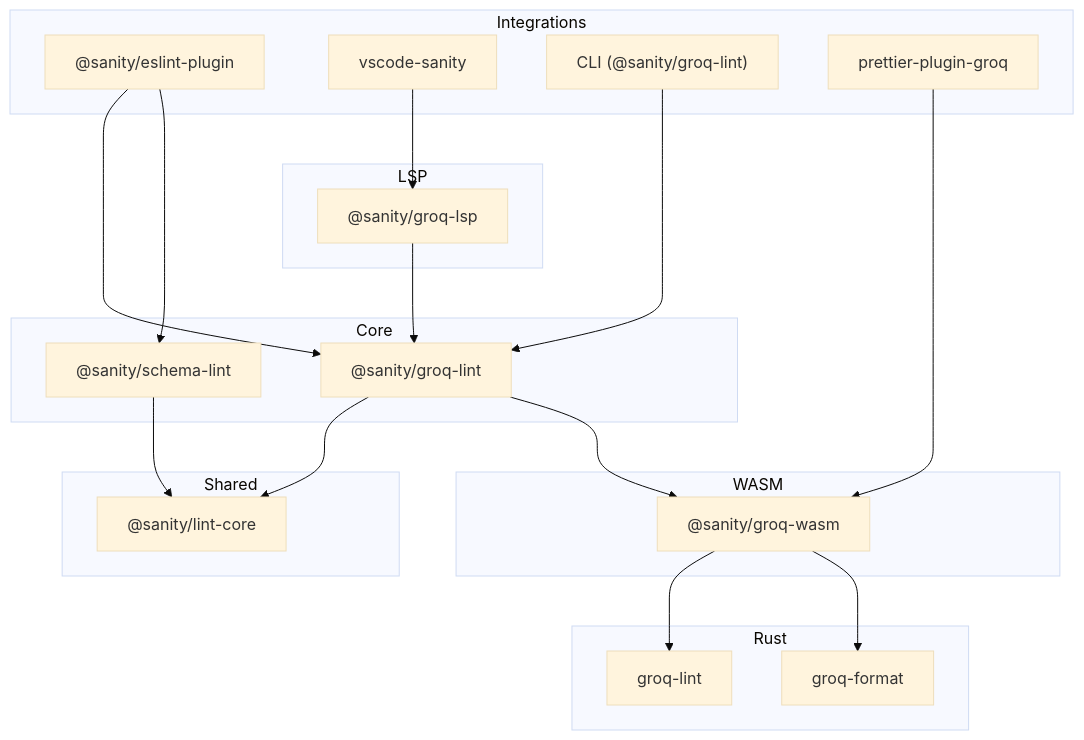
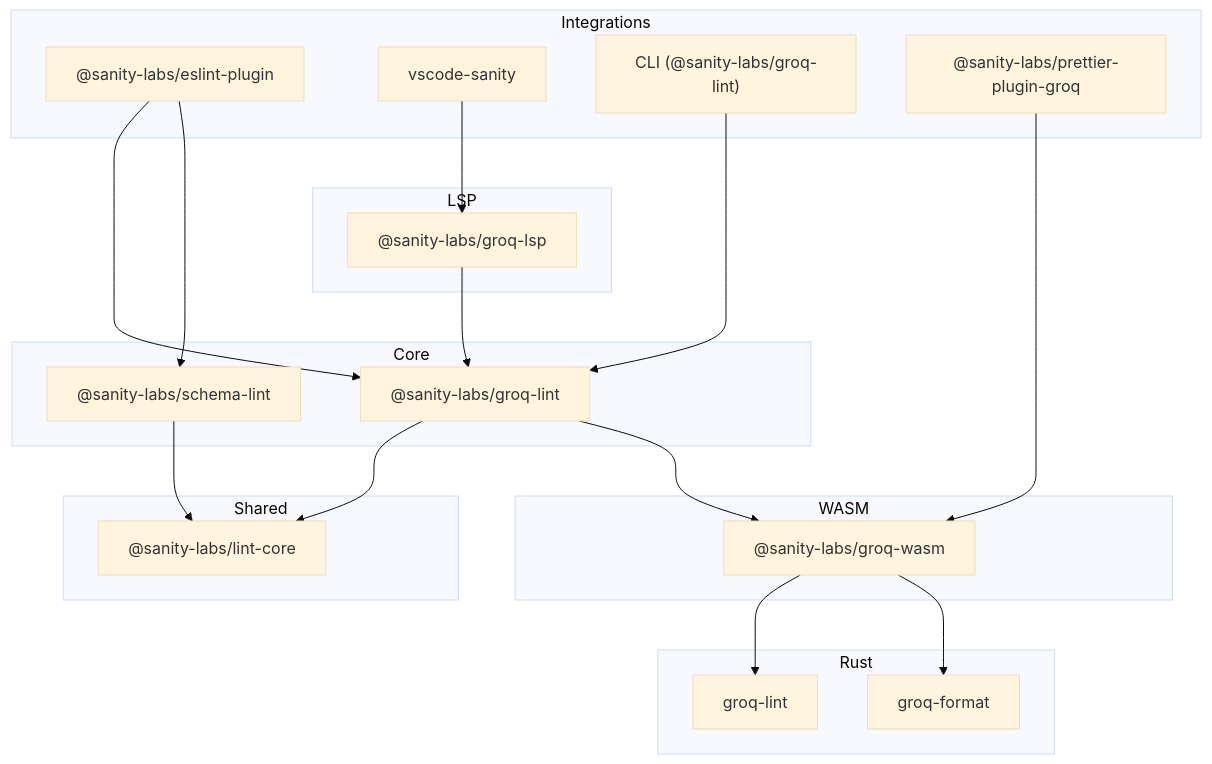
Before and after one commit to sanity-labs/sanity-lint: the diagram in README.md, drawn with Mermaid (base theme). The commit also changed other lines of this file and 82 other files, not shown here.

First line of the commit message:
refactor!: rename packages from @sanity/* to @sanity-labs/* scope

````diff
--- a/README.md
+++ b/README.md
@@ -141,46 +141,46 @@
 ```mermaid
 flowchart TB
     subgraph Integrations
-        eslint["@sanity/eslint-plugin"]
+        eslint["@sanity-labs/eslint-plugin"]
         vscode[vscode-sanity]
-        cli["CLI (@sanity/groq-lint)"]
-        prettier[prettier-plugin-groq]
+        cli["CLI (@sanity-labs/groq-lint)"]
+        prettier["@sanity-labs/prettier-plugin-groq"]
     end
 
     subgraph LSP
-        lsp["@sanity/groq-lsp"]
+        lsp["@sanity-labs/groq-lsp"]
     end
 
     subgraph Core
-        groqlint["@sanity/groq-lint"]
-        schemalint["@sanity/schema-lint"]
+        groqlint["@sanity-labs/groq-lint"]
+        schemalint["@sanity-labs/schema-lint"]
     end
 
     subgraph Shared
-        core["@sanity/lint-core"]
+        core["@sanity-labs/lint-core"]
     end
 
     subgraph WASM
-        wasm["@sanity/groq-wasm"]
+        wasm["@sanity-labs/groq-wasm"]
     end
 
     subgraph Rust
         rustlint[groq-lint]
         rustfmt[groq-format]
     end
 
     eslint --> groqlint
     eslint --> schemalint
     vscode --> lsp
     cli --> groqlint
     prettier --> wasm
 
     lsp --> groqlint
 
     groqlint --> core
     schemalint --> core
     groqlint --> wasm
 
     wasm --> rustlint
     wasm --> rustfmt
 ```
````
